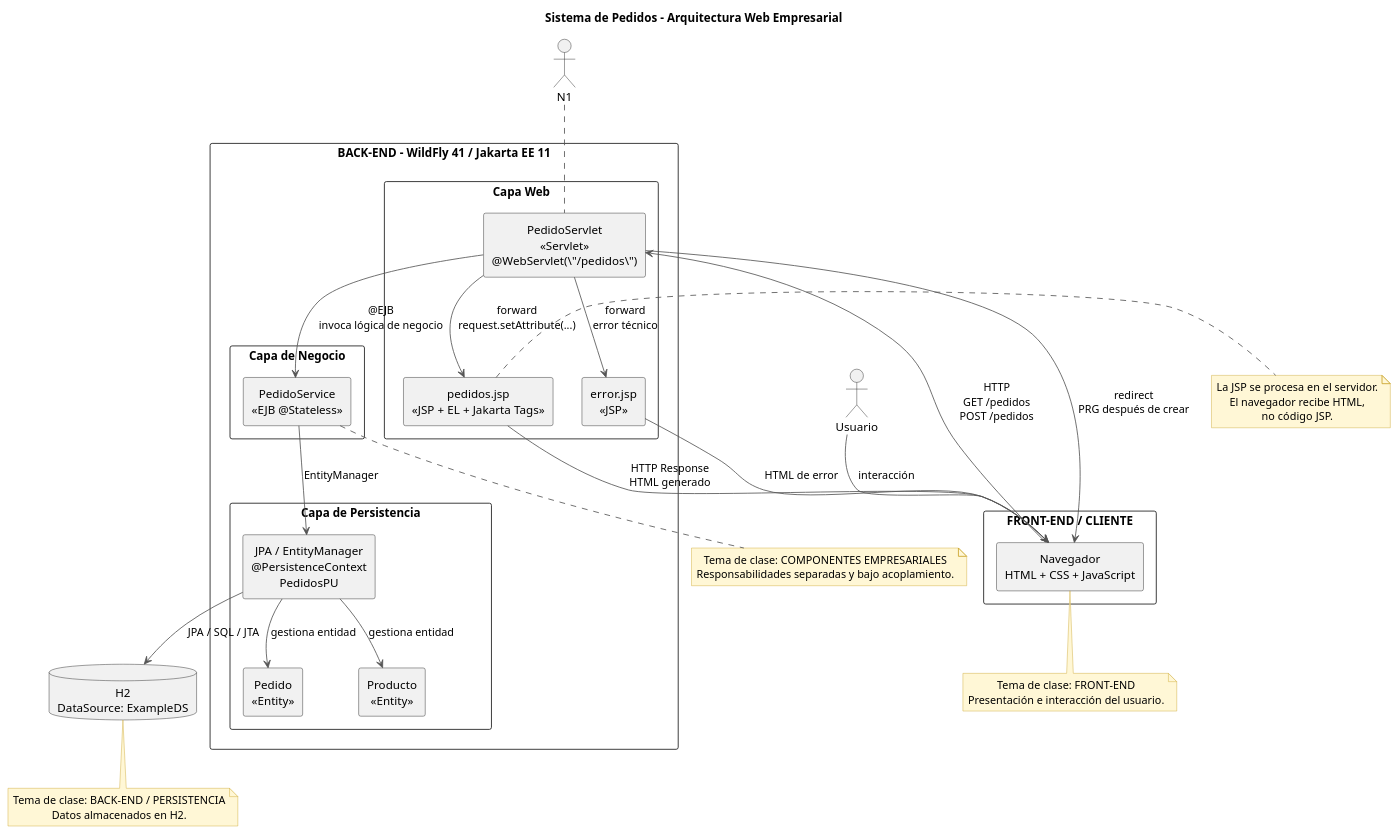
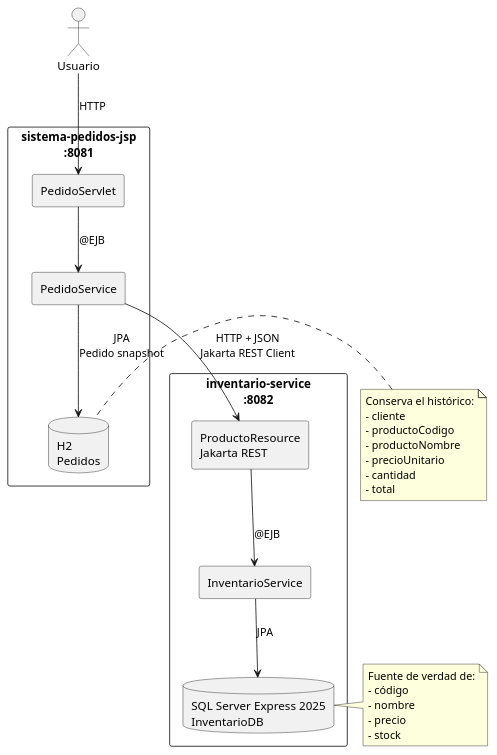
The diagram in ADVANCED-BUSINESS-APPLICATION-DEVELOPMENT/Sesión 1/sistema-pedidos/src/main/resources/diagram/arquitectura_sistema_pedidos.puml (carnol1989/isil-2026-ii), drawn with PlantUML before and after one commit. The commit also changed 19 other files, not shown here.

```diff
--- a/ADVANCED-BUSINESS-APPLICATION-DEVELOPMENT/Sesión 1/sistema-pedidos/src/main/resources/diagram/arquitectura_sistema_pedidos.puml
+++ b/ADVANCED-BUSINESS-APPLICATION-DEVELOPMENT/Sesión 1/sistema-pedidos/src/main/resources/diagram/arquitectura_sistema_pedidos.puml
@@ -1,77 +1,40 @@
 @startuml
-' Sistema de Pedidos - Sesión 3
-' Arquitectura del proyecto analizado: Servlet + JSP + EJB + JPA + H2
+skinparam componentStyle rectangle
 
-title Sistema de Pedidos - Arquitectura Web Empresarial
-
-skinparam componentStyle rectangle
-skinparam shadowing false
-skinparam packageStyle rectangle
-skinparam defaultTextAlignment center
-skinparam ArrowColor #555555
-skinparam NoteBackgroundColor #FFF7D6
-skinparam NoteBorderColor #C9A227
-
-actor "Usuario" as Usuario
-
-package "FRONT-END / CLIENTE" {
-  component "Navegador\nHTML + CSS + JavaScript" as Browser
+actor Usuario
+component "sistema-pedidos-jsp\n:8081" as Pedidos {
+  component PedidoServlet
+  component PedidoService
+  database "H2\nPedidos" as H2
+}
+component "inventario-service\n:8082" as Inventario {
+  component "ProductoResource\nJakarta REST" as Resource
+  component InventarioService
+  database "SQL Server Express 2025\nInventarioDB" as SQL
 }
 
-package "BACK-END - WildFly 41 / Jakarta EE 11" {
-  package "Capa Web" {
-    component "PedidoServlet\n<<Servlet>>\n@WebServlet(\"/pedidos\")" as Servlet
-    component "pedidos.jsp\n<<JSP + EL + Jakarta Tags>>" as JSP
-    component "error.jsp\n<<JSP>>" as ErrorJSP
-  }
+Usuario --> PedidoServlet : HTTP
+PedidoServlet --> PedidoService : @EJB
+PedidoService --> H2 : JPA\nPedido snapshot
+PedidoService --> Resource : HTTP + JSON\nJakarta REST Client
+Resource --> InventarioService : @EJB
+InventarioService --> SQL : JPA
 
-  package "Capa de Negocio" {
-    component "PedidoService\n<<EJB @Stateless>>" as Service
-  }
-
-  package "Capa de Persistencia" {
-    component "JPA / EntityManager\n@PersistenceContext\nPedidosPU" as JPA
-    component "Pedido\n<<Entity>>" as Pedido
-    component "Producto\n<<Entity>>" as Producto
-  }
-}
-
-database "H2\nDataSource: ExampleDS" as DB
-
-Usuario --> Browser : interacción
-Browser --> Servlet : HTTP\nGET /pedidos\nPOST /pedidos
-Servlet --> Service : @EJB\ninvoca lógica de negocio
-Service --> JPA : EntityManager
-JPA --> Pedido : gestiona entidad
-JPA --> Producto : gestiona entidad
-JPA --> DB : JPA / SQL / JTA
-
-Servlet --> JSP : forward\nrequest.setAttribute(...)
-JSP --> Browser : HTTP Response\nHTML generado
-Servlet --> Browser : redirect\nPRG después de crear
-Servlet --> ErrorJSP : forward\nerror técnico
-ErrorJSP --> Browser : HTML de error
-
-note right of JSP
-  La JSP se procesa en el servidor.
-  El navegador recibe HTML,
-  no código JSP.
+note right of SQL
+Fuente de verdad de:
+- código
+- nombre
+- precio
+- stock
 end note
 
-note bottom of Browser
-  Tema de clase: FRONT-END
-  Presentación e interacción del usuario.
+note left of H2
+Conserva el histórico:
+- cliente
+- productoCodigo
+- productoNombre
+- precioUnitario
+- cantidad
+- total
 end note
-
-note bottom of Service
-  Tema de clase: COMPONENTES EMPRESARIALES
-  Responsabilidades separadas y bajo acoplamiento.
-end note
-
-note bottom of DB
-  Tema de clase: BACK-END / PERSISTENCIA
-  Datos almacenados en H2.
-end note
-N1 .. Servlet
-
 @enduml
```
